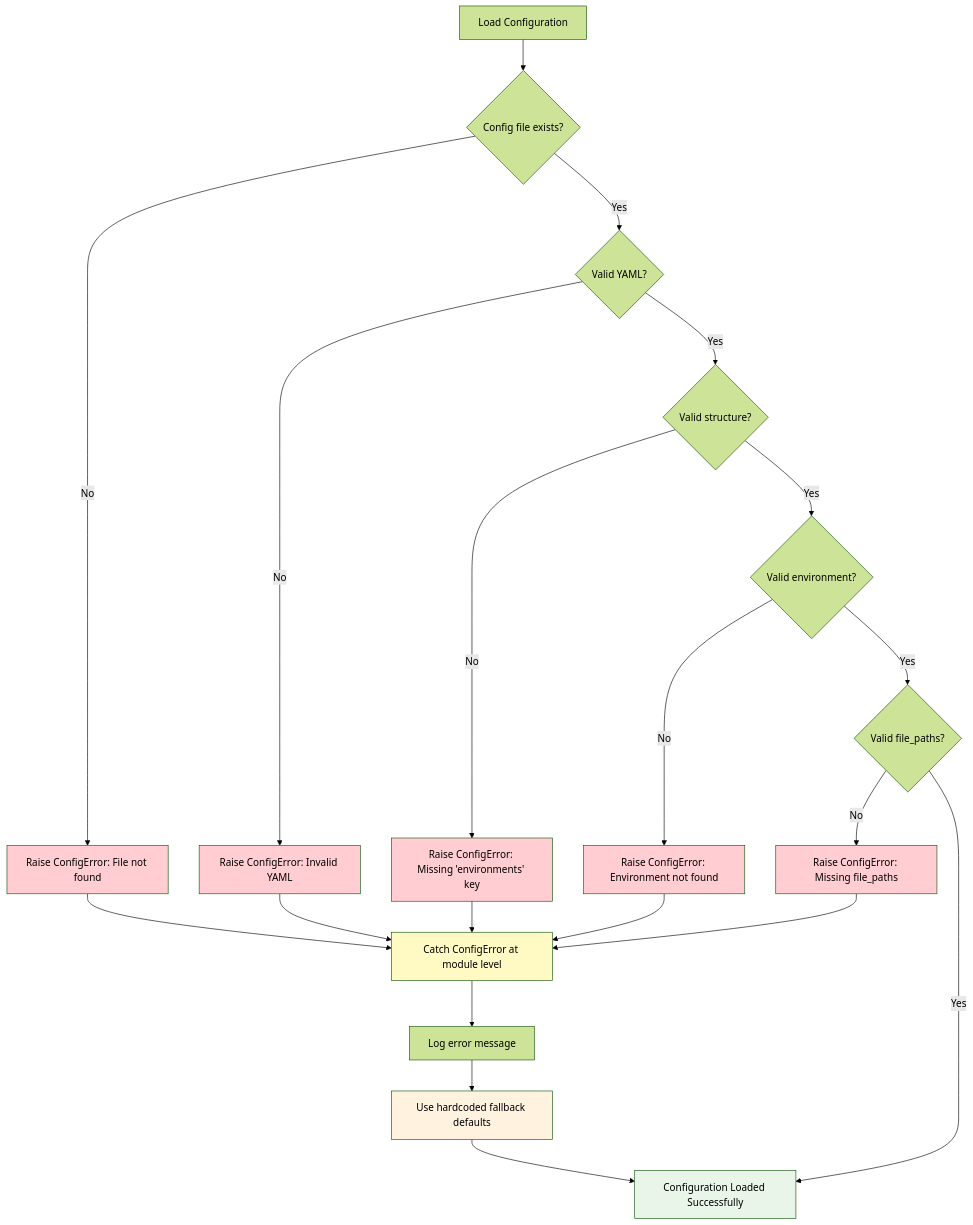
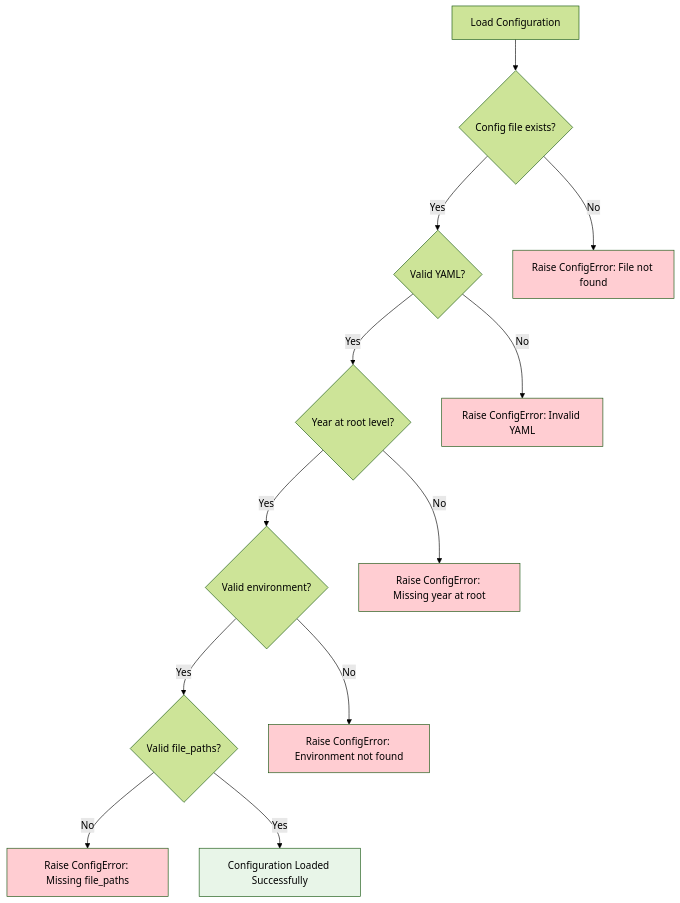
The fifth of 7 diagrams in doc/ARCHITECTURE.md (DedeHa/TimeSheet), drawn with Mermaid (forest theme) before and after one commit. The commit also changed other lines of this file and 1 other file, not shown here.

First line of the commit message:
docs(architecture): update documentation for year configuration changes

````diff
--- a/doc/ARCHITECTURE.md
+++ b/doc/ARCHITECTURE.md
@@ -191,58 +200,42 @@
 ```mermaid
 flowchart TD
     LOAD[Load Configuration]
-    
+
     FILE_EXISTS{Config file exists?}
     YAML_VALID{Valid YAML?}
-    STRUCT_VALID{Valid structure?}
+    YEAR_VALID{Year at root level?}
     ENV_VALID{Valid environment?}
     PATHS_VALID{Valid file_paths?}
-    
+
     SUCCESS[Configuration Loaded Successfully]
-    
+
     ERR_MISSING[Raise ConfigError: File not found]
     ERR_YAML[Raise ConfigError: Invalid YAML]
-    ERR_STRUCT[Raise ConfigError: Missing 'environments' key]
+    ERR_YEAR[Raise ConfigError: Missing year at root]
     ERR_ENV[Raise ConfigError: Environment not found]
     ERR_PATHS[Raise ConfigError: Missing file_paths]
-    
-    CATCH[Catch ConfigError at module level]
-    FALLBACK[Use hardcoded fallback defaults]
-    LOG_ERROR[Log error message]
-    
+
     LOAD --> FILE_EXISTS
-    
+
     FILE_EXISTS -->|No| ERR_MISSING
     FILE_EXISTS -->|Yes| YAML_VALID
-    
+
     YAML_VALID -->|No| ERR_YAML
-    YAML_VALID -->|Yes| STRUCT_VALID
-    
-    STRUCT_VALID -->|No| ERR_STRUCT
-    STRUCT_VALID -->|Yes| ENV_VALID
-    
+    YAML_VALID -->|Yes| YEAR_VALID
+
+    YEAR_VALID -->|No| ERR_YEAR
+    YEAR_VALID -->|Yes| ENV_VALID
+
     ENV_VALID -->|No| ERR_ENV
     ENV_VALID -->|Yes| PATHS_VALID
-    
+
     PATHS_VALID -->|No| ERR_PATHS
     PATHS_VALID -->|Yes| SUCCESS
-    
-    ERR_MISSING --> CATCH
-    ERR_YAML --> CATCH
-    ERR_STRUCT --> CATCH
-    ERR_ENV --> CATCH
-    ERR_PATHS --> CATCH
-    
-    CATCH --> LOG_ERROR
-    LOG_ERROR --> FALLBACK
-    FALLBACK --> SUCCESS
-    
+
     style SUCCESS fill:#e8f5e8
-    style FALLBACK fill:#fff3e0
     style ERR_MISSING fill:#ffcdd2
     style ERR_YAML fill:#ffcdd2
-    style ERR_STRUCT fill:#ffcdd2
+    style ERR_YEAR fill:#ffcdd2
     style ERR_ENV fill:#ffcdd2
     style ERR_PATHS fill:#ffcdd2
-    style CATCH fill:#fff9c4
 ```
````
